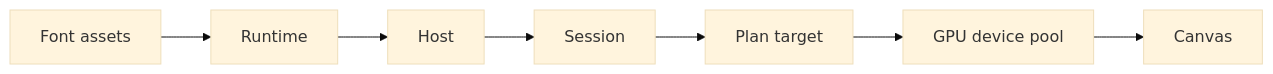
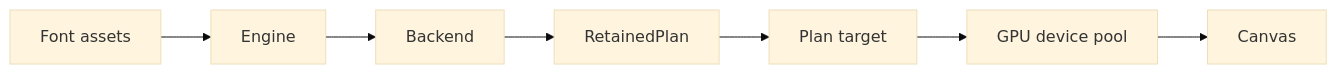
The fifth of 9 diagrams in docs/planning/font-runtime-ownership.md (pmndrs/glyph), drawn with Mermaid (base theme) before and after one commit. The commit also changed other lines of this file and 82 other files, not shown here.

````diff
--- a/docs/planning/font-runtime-ownership.md
+++ b/docs/planning/font-runtime-ownership.md
@@ -1077,9 +1066,9 @@
 ```mermaid
 flowchart LR
-  F[Font assets] --> R[Runtime]
-  R --> H[Host]
-  H --> S[Session]
+  F[Font assets] --> R[Engine]
+  R --> H[Backend]
+  H --> S[RetainedPlan]
   S --> T[Plan target]
   T --> D[GPU device pool]
   D --> C[Canvas]
 ```
````
